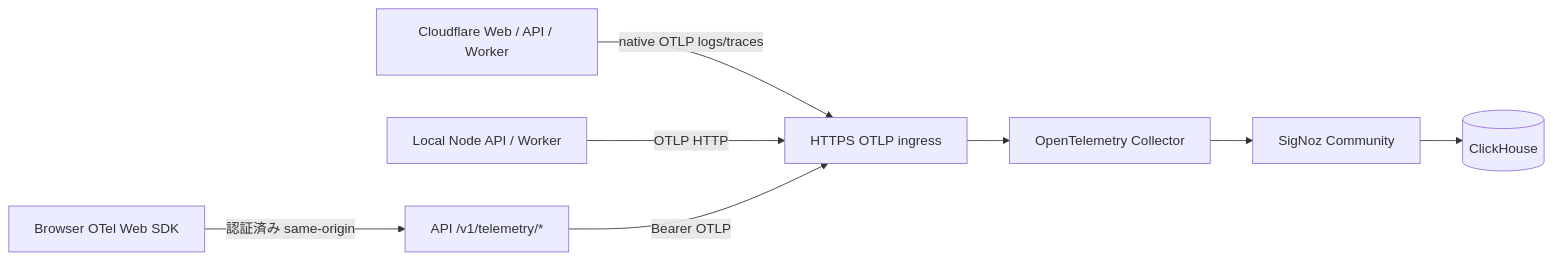
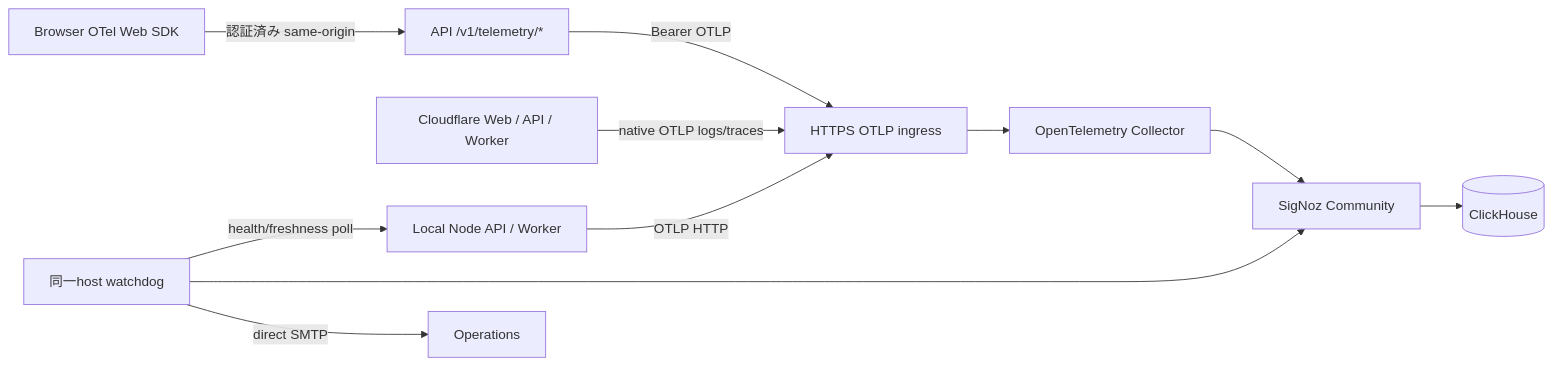
The second of 5 diagrams in docs/design.md (r4ai/news-podcast), drawn with Mermaid before and after one commit. The commit also changed other lines of this file and 3 other files, not shown here.

````diff
--- a/docs/design.md
+++ b/docs/design.md
@@ -90,10 +92,13 @@
 ```mermaid
 flowchart LR
   Browser["Browser OTel Web SDK"] -->|"認証済み same-origin"| Gateway["API /v1/telemetry/*"]
   Cloudflare["Cloudflare Web / API / Worker"] -->|"native OTLP logs/traces"| Ingress["HTTPS OTLP ingress"]
   Node["Local Node API / Worker"] -->|"OTLP HTTP"| Ingress
   Gateway -->|"Bearer OTLP"| Ingress
   Ingress --> Collector["OpenTelemetry Collector"]
   Collector --> SigNoz["SigNoz Community"]
   SigNoz --> ClickHouse[("ClickHouse")]
+  Watchdog["同一host watchdog"] -->|"health/freshness poll"| Node
+  Watchdog --> SigNoz
+  Watchdog -->|"direct SMTP"| OnCall["Operations"]
 ```
````
